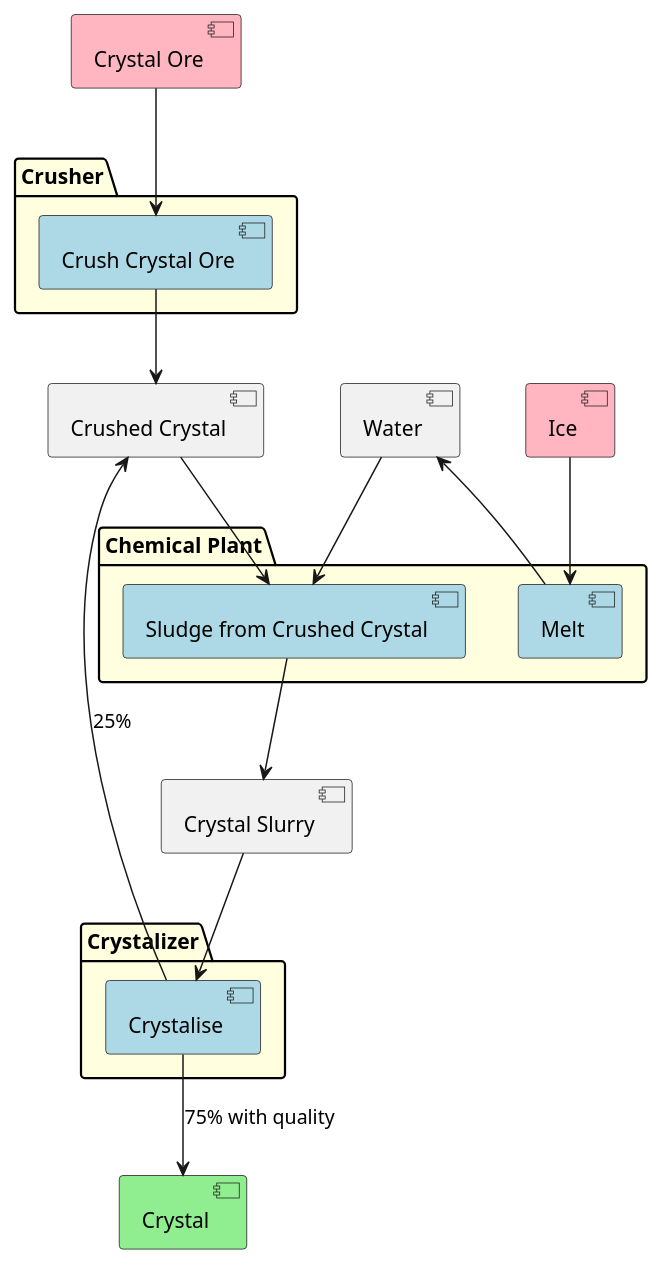
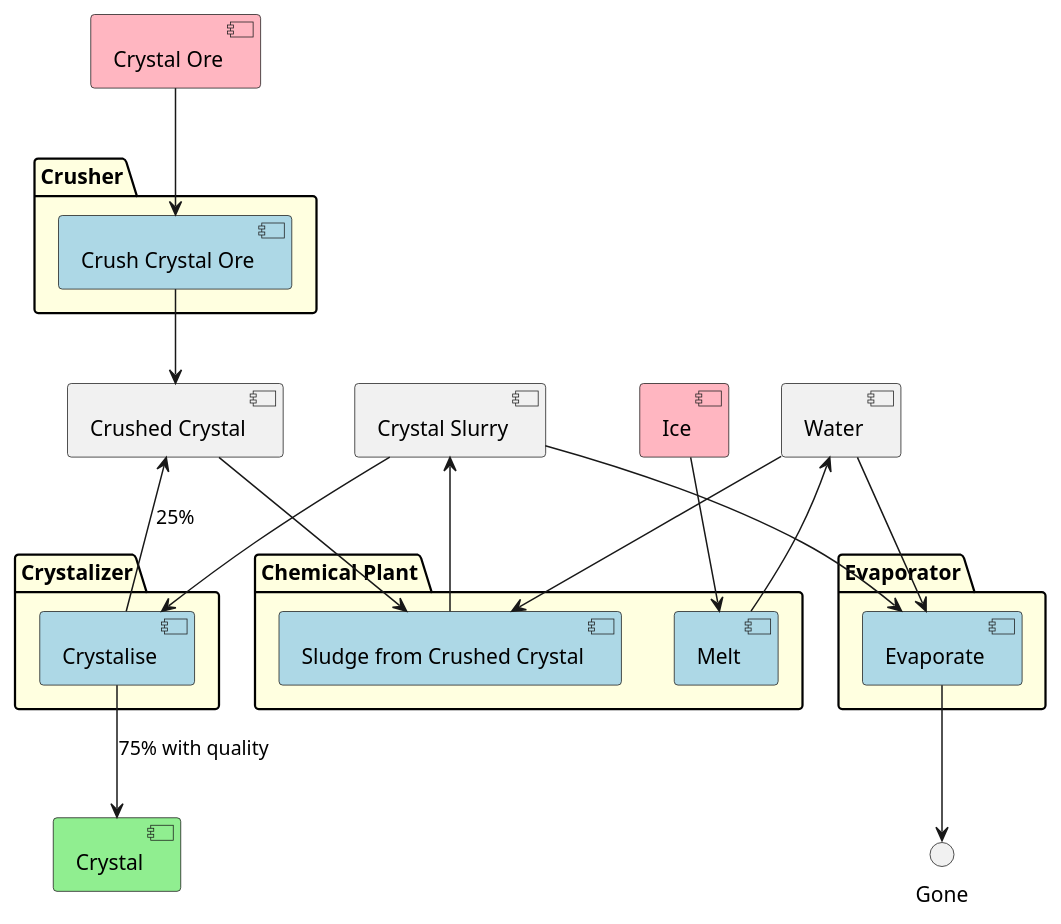
Before and after one commit to Thomas-De-Praetere/CrystalMod: the diagram in Documentation/CrystalFlow.puml, drawn with PlantUML. The commit also changed 2 other files, not shown here.

```diff
--- a/Documentation/CrystalFlow.puml
+++ b/Documentation/CrystalFlow.puml
@@ -1,43 +1,50 @@
 @startuml
 
 hide methods
 hide fields
 hide circle
 
 [Crystal Ore] as CO #lightpink
 [Crushed Crystal] as CCr
 [Crystal Slurry] as CS
 [Ice] as I #lightpink
 [Water] as W
 
 [Crystal] as C #lightgreen
 
 package "Chemical Plant" #lightyellow {
 [Sludge from Crushed Crystal] as SCS #lightblue
 [Melt] as Me #lightblue
 }
 
 package Crusher #lightyellow {
 [Crush Crystal Ore] as Cr #lightblue
 }
 
 package Crystalizer #lightyellow {
 [Crystalise] as CCF #lightblue
 }
 
+package Evaporator #lightyellow {
+[Evaporate] as Eva #lightblue
+}
+
 
 CO --> Cr
 Cr --> CCr
 CCr --> SCS
 I --> Me
 Me --> W
 W --> SCS
 SCS --> CS
 CS --> CCF
+CS --> Eva
+W --> Eva
+Eva --> Gone
 CCF --> C : 75% with quality
 CCF --> CCr : 25%
 
 
 
 
 @enduml
```
